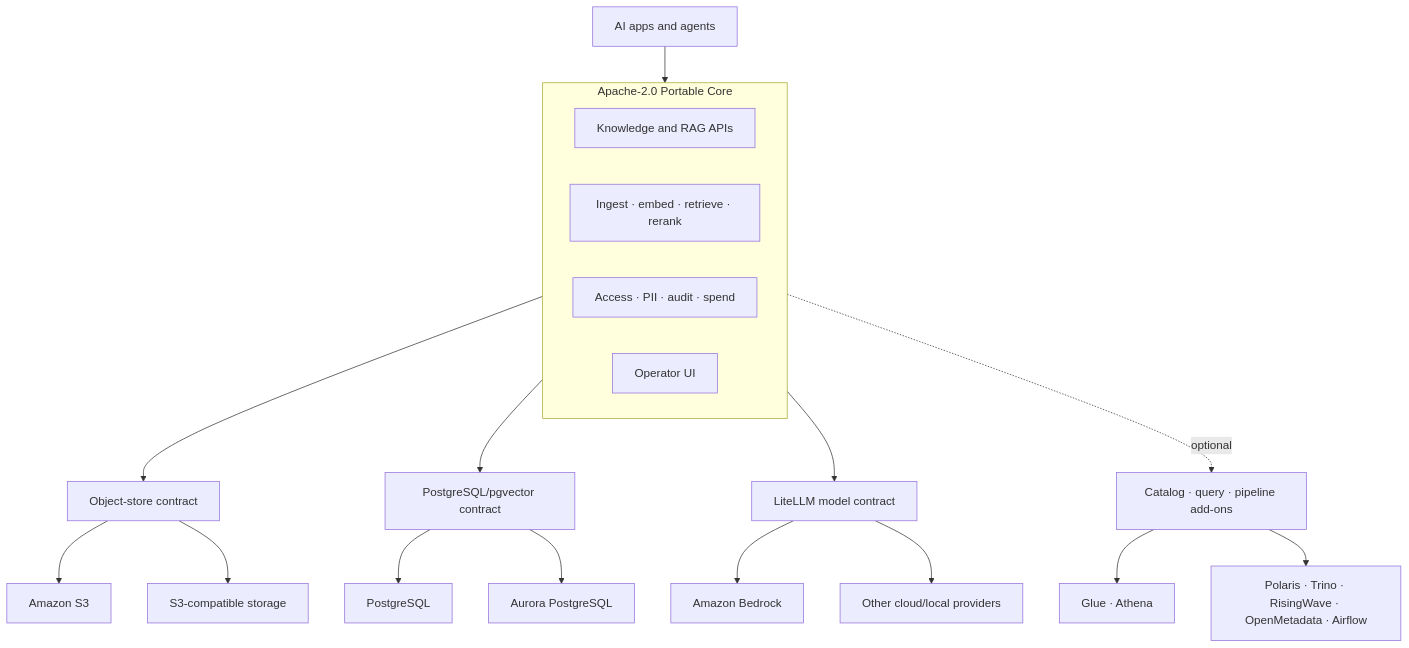
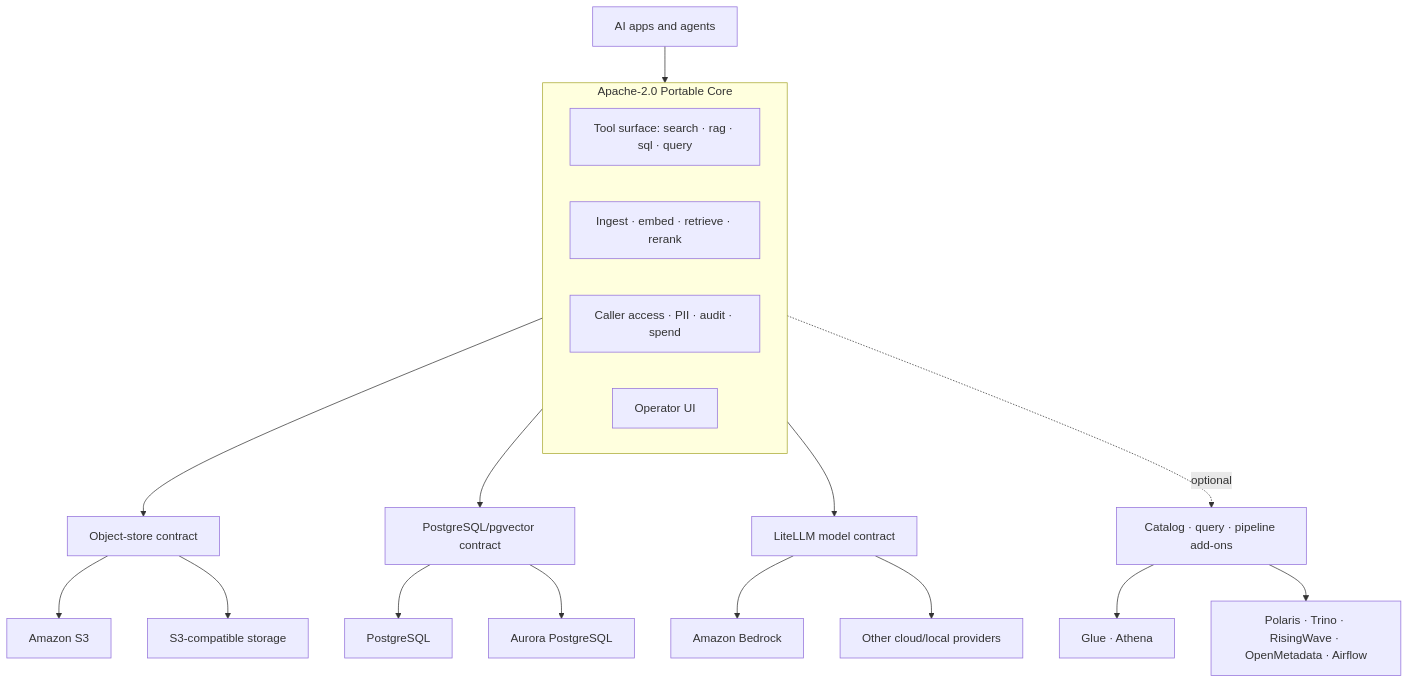
Before and after one commit to lukesgood/datapond: the second of 2 diagrams in README.md, drawn with Mermaid. The commit also changed other lines of this file and 10 other files, not shown here.

First line of the commit message:
docs: positioning v6.0 — governed data tool server, fit audit, and gap-closure plans

````diff
--- a/README.md
+++ b/README.md
@@ -43,25 +48,25 @@
 ```mermaid
 flowchart TB
     APP[AI apps and agents] --> CORE
 
     subgraph CORE[Apache-2.0 Portable Core]
-      API[Knowledge and RAG APIs]
+      API[Tool surface: search · rag · sql · query]
       PIPE[Ingest · embed · retrieve · rerank]
-      GOV[Access · PII · audit · spend]
+      GOV[Caller access · PII · audit · spend]
       UI[Operator UI]
     end
 
     CORE --> OBJ[Object-store contract]
     CORE --> DB[PostgreSQL/pgvector contract]
     CORE --> LLM[LiteLLM model contract]
     CORE -. optional .-> DATA[Catalog · query · pipeline add-ons]
 
     OBJ --> S3[Amazon S3]
     OBJ --> S3C[S3-compatible storage]
     DB --> PG[PostgreSQL]
     DB --> AUR[Aurora PostgreSQL]
     LLM --> BR[Amazon Bedrock]
     LLM --> OTHER[Other cloud/local providers]
     DATA --> AWS[Glue · Athena]
     DATA --> OSS[Polaris · Trino · RisingWave · OpenMetadata · Airflow]
 ```
````
